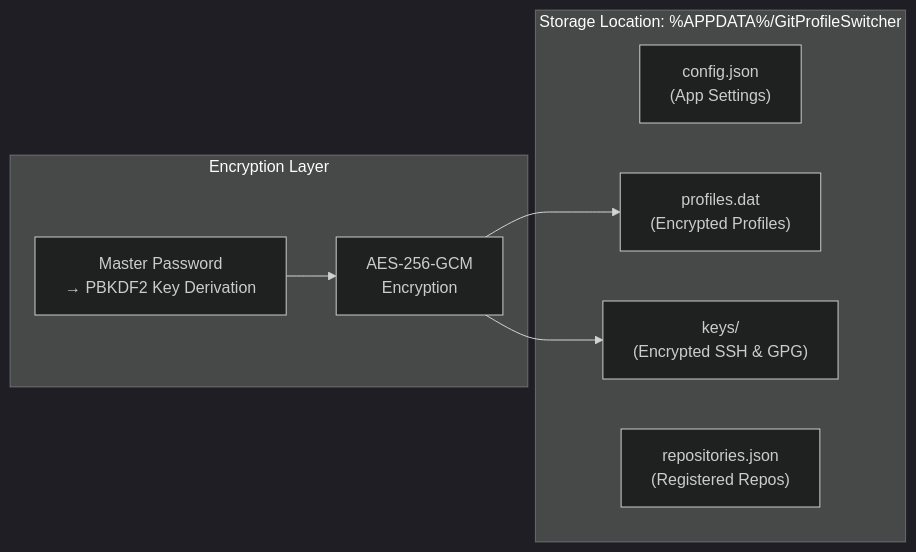
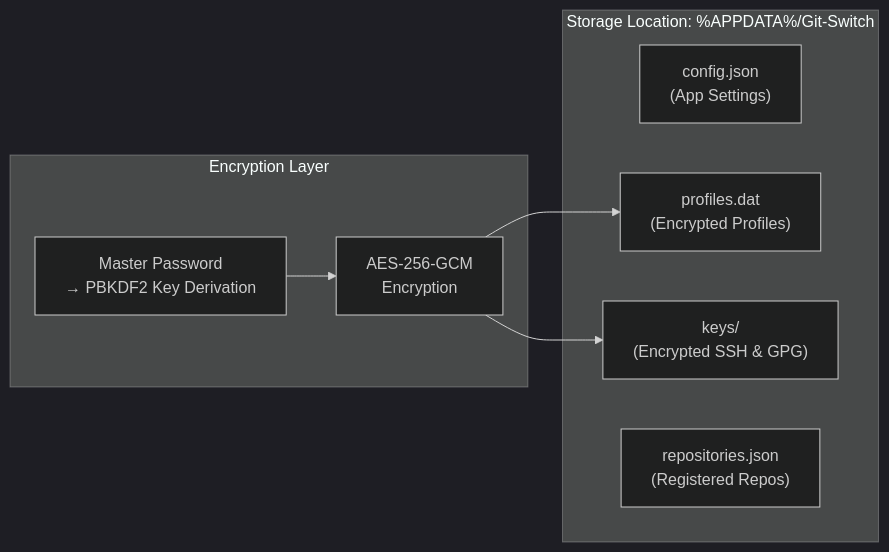
Before and after one commit to apatheticus/git-switch: the second of 7 diagrams in ref/design/git-profile-switcher-prd.md, drawn with Mermaid (dark theme). The commit also changed other lines of this file and 18 other files, not shown here.

First line of the commit message:
refactor: rename application to Git-Switch (#11)

````diff
--- a/ref/design/git-profile-switcher-prd.md
+++ b/ref/design/git-profile-switcher-prd.md
@@ -115,18 +115,18 @@
 ```mermaid
 flowchart LR
-    subgraph Storage["Storage Location: %APPDATA%/GitProfileSwitcher"]
+    subgraph Storage["Storage Location: %APPDATA%/Git-Switch"]
         Config["config.json\n(App Settings)"]
         Profiles["profiles.dat\n(Encrypted Profiles)"]
         Keys["keys/\n(Encrypted SSH & GPG)"]
         Repos["repositories.json\n(Registered Repos)"]
     end
 
     subgraph Encryption["Encryption Layer"]
         MasterKey["Master Password\n→ PBKDF2 Key Derivation"]
         AES["AES-256-GCM\nEncryption"]
     end
 
     MasterKey --> AES
     AES --> Profiles
     AES --> Keys
 ```
````
